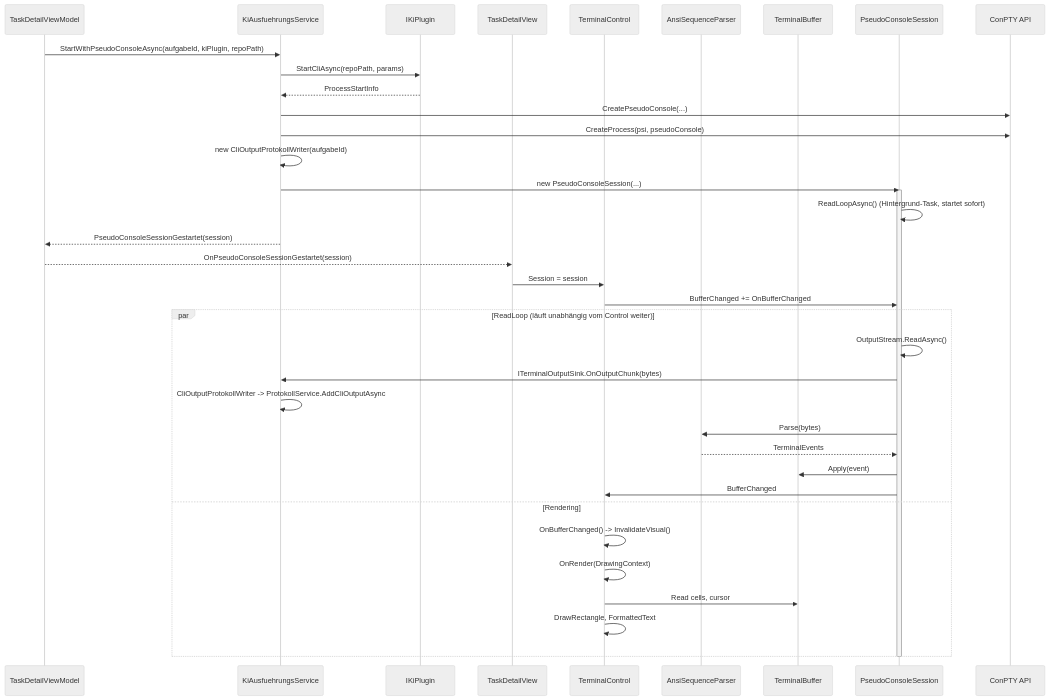
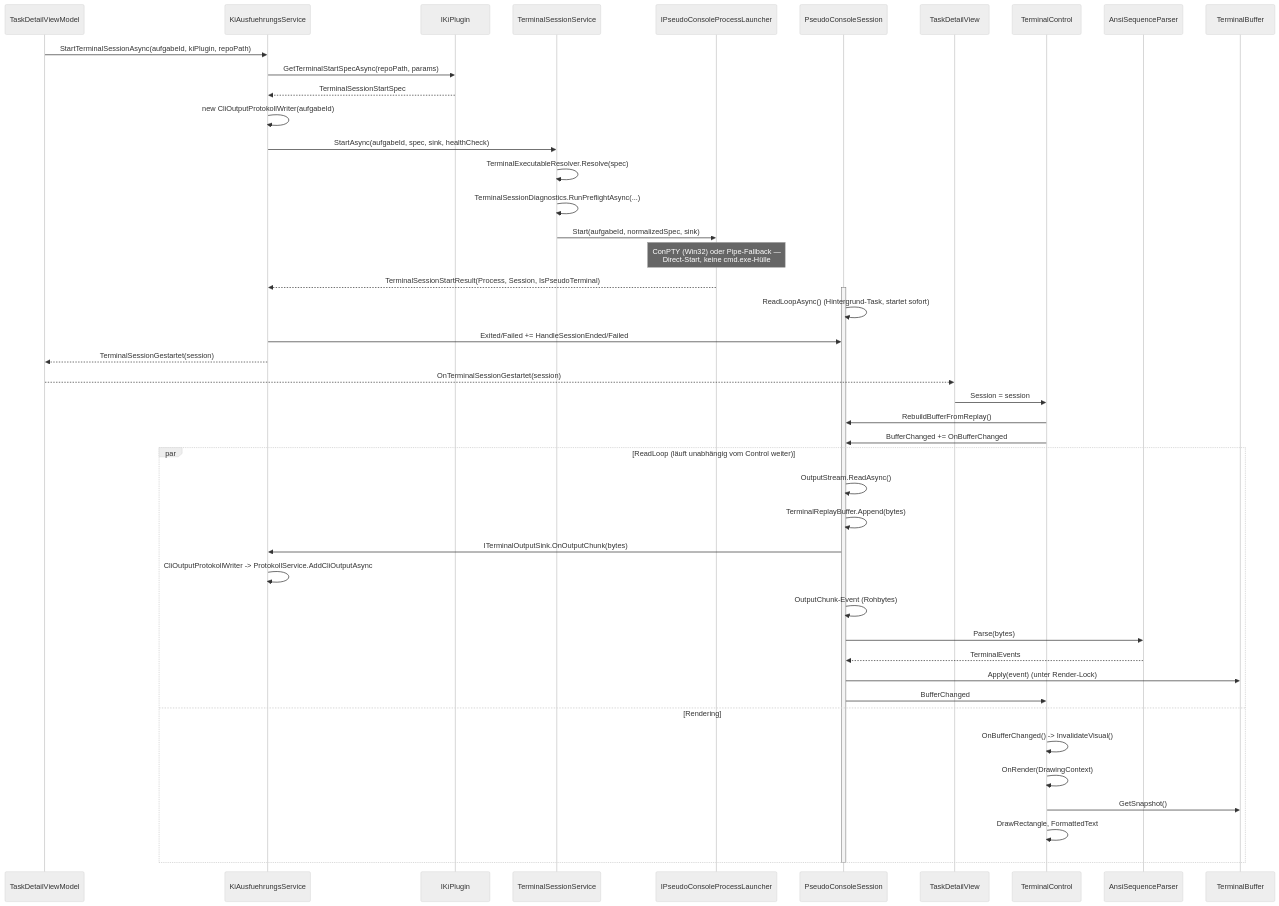
One commit to martin-stromberg/Softwareschmiede changed the diagram in docs/help/terminal/ablauf-technisch.md. Above: the diagram before and after it, drawn with Mermaid (neutral theme). The commit also changed other lines of this file and 120 other files, not shown here.

Commit message:
feat: Terminalintegration verbessern - gemeinsame PTY-Session und sauberes VT-Rendering

````diff
--- a/docs/help/terminal/ablauf-technisch.md
+++ b/docs/help/terminal/ablauf-technisch.md
@@ -245,41 +272,49 @@
 ```mermaid
 sequenceDiagram
     participant VM as TaskDetailViewModel
     participant SVC as KiAusfuehrungsService
     participant PLUGIN as IKiPlugin
+    participant FACTORY as TerminalSessionService
+    participant LAUNCHER as IPseudoConsoleProcessLauncher
+    participant SESSION as PseudoConsoleSession
     participant VIEW as TaskDetailView
     participant CTRL as TerminalControl
     participant PARSER as AnsiSequenceParser
     participant BUF as TerminalBuffer
-    participant SESSION as PseudoConsoleSession
-    participant WIN32 as ConPTY API
 
-    VM->>SVC: StartWithPseudoConsoleAsync(aufgabeId, kiPlugin, repoPath)
-    SVC->>PLUGIN: StartCliAsync(repoPath, params)
-    PLUGIN-->>SVC: ProcessStartInfo
-    SVC->>WIN32: CreatePseudoConsole(...)
-    SVC->>WIN32: CreateProcess(psi, pseudoConsole)
+    VM->>SVC: StartTerminalSessionAsync(aufgabeId, kiPlugin, repoPath)
+    SVC->>PLUGIN: GetTerminalStartSpecAsync(repoPath, params)
+    PLUGIN-->>SVC: TerminalSessionStartSpec
     SVC->>SVC: new CliOutputProtokollWriter(aufgabeId)
-    SVC->>SESSION: new PseudoConsoleSession(...)
+    SVC->>FACTORY: StartAsync(aufgabeId, spec, sink, healthCheck)
+    FACTORY->>FACTORY: TerminalExecutableResolver.Resolve(spec)
+    FACTORY->>FACTORY: TerminalSessionDiagnostics.RunPreflightAsync(...)
+    FACTORY->>LAUNCHER: Start(aufgabeId, normalizedSpec, sink)
+    Note over LAUNCHER: ConPTY (Win32) oder Pipe-Fallback —<br/>Direct-Start, keine cmd.exe-Hülle
+    LAUNCHER-->>SVC: TerminalSessionStartResult(Process, Session, IsPseudoTerminal)
     activate SESSION
     SESSION->>SESSION: ReadLoopAsync() (Hintergrund-Task, startet sofort)
-    SVC-->>VM: PseudoConsoleSessionGestartet(session)
-    VM-->>VIEW: OnPseudoConsoleSessionGestartet(session)
+    SVC->>SESSION: Exited/Failed += HandleSessionEnded/Failed
+    SVC-->>VM: TerminalSessionGestartet(session)
+    VM-->>VIEW: OnTerminalSessionGestartet(session)
     VIEW->>CTRL: Session = session
+    CTRL->>SESSION: RebuildBufferFromReplay()
     CTRL->>SESSION: BufferChanged += OnBufferChanged
     par ReadLoop (läuft unabhängig vom Control weiter)
         SESSION->>SESSION: OutputStream.ReadAsync()
+        SESSION->>SESSION: TerminalReplayBuffer.Append(bytes)
         SESSION->>SVC: ITerminalOutputSink.OnOutputChunk(bytes)
         SVC->>SVC: CliOutputProtokollWriter -> ProtokollService.AddCliOutputAsync
+        SESSION->>SESSION: OutputChunk-Event (Rohbytes)
         SESSION->>PARSER: Parse(bytes)
         PARSER-->>SESSION: TerminalEvents
-        SESSION->>BUF: Apply(event)
+        SESSION->>BUF: Apply(event) (unter Render-Lock)
         SESSION->>CTRL: BufferChanged
     and Rendering
         CTRL->>CTRL: OnBufferChanged() -> InvalidateVisual()
         CTRL->>CTRL: OnRender(DrawingContext)
-        CTRL->>BUF: Read cells, cursor
+        CTRL->>BUF: GetSnapshot()
         CTRL->>CTRL: DrawRectangle, FormattedText
     end
     deactivate SESSION
 ```
````
